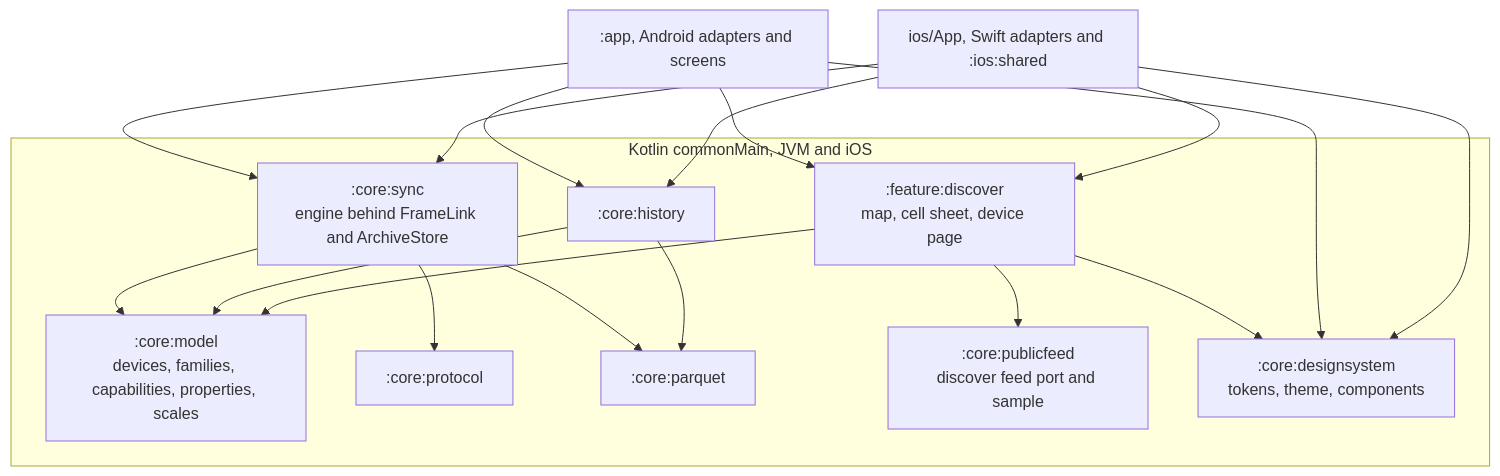
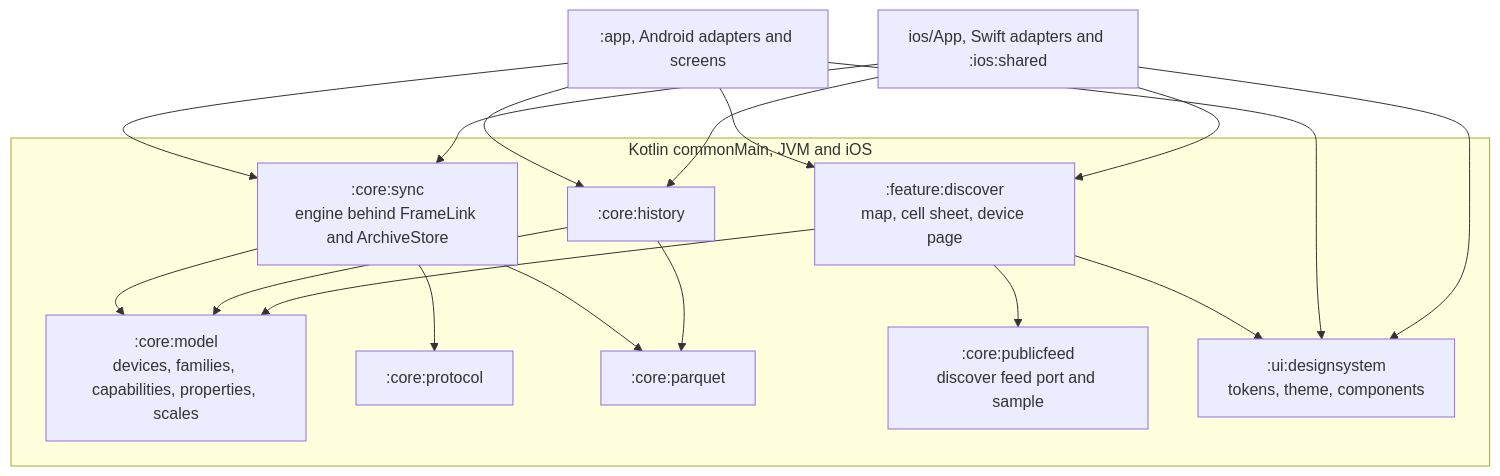
Before and after one commit to walkthru-earth/opensensor-space-mobile: the second of 3 diagrams in docs/architecture.md, drawn with Mermaid. The commit also changed 58 other files, not shown here.

First line of the commit message:
Discover map controls, sheet charts, units setting, shared design system

````diff
--- a/docs/architecture.md
+++ b/docs/architecture.md
@@ -48,20 +48,20 @@
 ```mermaid
 flowchart TB
   subgraph shared["Kotlin commonMain, JVM and iOS"]
     MO[":core:model<br/>devices, families, capabilities, properties, scales"]
     PR2[":core:protocol"]
     SY[":core:sync<br/>engine behind FrameLink and ArchiveStore"]
     PQ2[":core:parquet"]
     HI2[":core:history"]
     PF[":core:publicfeed<br/>discover feed port and sample"]
-    DS[":core:designsystem<br/>tokens, theme, components"]
+    DS[":ui:designsystem<br/>tokens, theme, components"]
     DI[":feature:discover<br/>map, cell sheet, device page"]
   end
   APP2[":app, Android adapters and screens"]
   IOS2["ios/App, Swift adapters and :ios:shared"]
   SY --> PR2 & PQ2 & MO
   HI2 --> PQ2 & MO
   DI --> PF & DS & MO
   APP2 --> SY & HI2 & DI & DS
   IOS2 --> SY & HI2 & DI & DS
 ```
````
